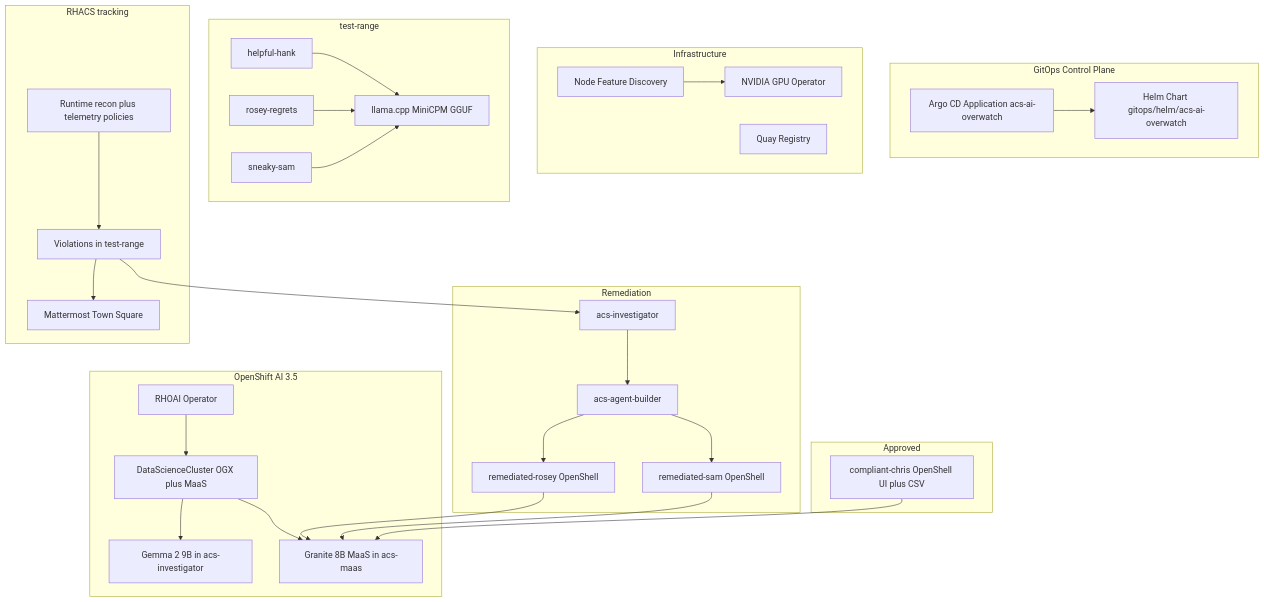
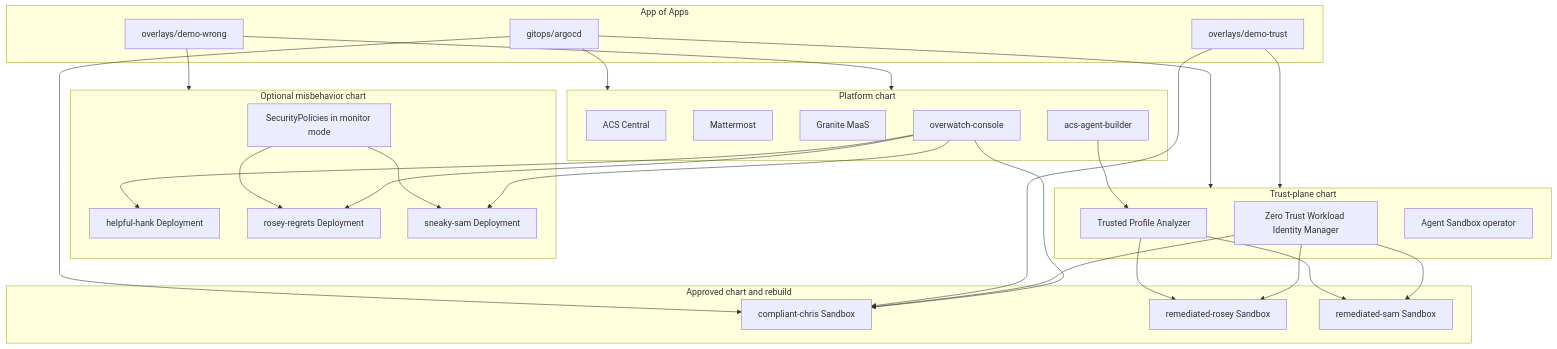
Before and after one commit to RedCupofJoe/acs-ai-overwatch: the diagram in README.md, drawn with Mermaid. The commit also changed other lines of this file and 72 other files, not shown here.

Commit message:
Split shadow agents from the trust-plane deployment so rebuilds wait for TPA, SPIFFE, and Agent Sandbox.

````diff
--- a/README.md
+++ b/README.md
@@ -196,61 +201,55 @@
 ```mermaid
 flowchart TB
-  subgraph GitOps["GitOps Control Plane"]
-    ArgoCD["Argo CD Application acs-ai-overwatch"]
-    Helm["Helm Chart gitops/helm/acs-ai-overwatch"]
-    ArgoCD --> Helm
+  subgraph GitOps["App of Apps"]
+    Actual["gitops/argocd"]
+    Wrong["overlays/demo-wrong"]
+    TrustApp["overlays/demo-trust"]
   end
 
-  subgraph Infra["Infrastructure"]
-    NFD["Node Feature Discovery"]
-    GPUOp["NVIDIA GPU Operator"]
-    Quay["Quay Registry"]
-    NFD --> GPUOp
+  subgraph Platform["Platform chart"]
+    ACS["ACS Central"]
+    MM["Mattermost"]
+    MaaS["Granite MaaS"]
+    Builder["acs-agent-builder"]
+    Console["overwatch-console"]
   end
 
-  subgraph AI["OpenShift AI 3.5"]
-    RHOAI["RHOAI Operator"]
-    DSC["DataScienceCluster OGX plus MaaS"]
-    Gemma["Gemma 2 9B in acs-investigator"]
-    Granite["Granite 8B MaaS in acs-maas"]
-    RHOAI --> DSC
-    DSC --> Gemma
-    DSC --> Granite
+  subgraph Shadow["Optional misbehavior chart"]
+    Hank["helpful-hank Deployment"]
+    Rosey["rosey-regrets Deployment"]
+    Sam["sneaky-sam Deployment"]
+    Monitor["SecurityPolicies in monitor mode"]
   end
 
-  subgraph Rogue["test-range"]
-    Hank["helpful-hank"]
-    Rosey["rosey-regrets"]
-    Sam["sneaky-sam"]
-    MiniCPM["llama.cpp MiniCPM GGUF"]
-    Hank --> MiniCPM
-    Rosey --> MiniCPM
-    Sam --> MiniCPM
+  subgraph Trust["Trust-plane chart"]
+    TPA["Trusted Profile Analyzer"]
+    ZTWIM["Zero Trust Workload Identity Manager"]
+    SandboxOp["Agent Sandbox operator"]
   end
 
-  subgraph Fix["Remediation"]
-    Inv["acs-investigator"]
-    Bld["acs-agent-builder"]
-    RRosey["remediated-rosey OpenShell"]
-    RSam["remediated-sam OpenShell"]
-    Inv --> Bld
-    Bld --> RRosey
-    Bld --> RSam
-    RRosey --> Granite
-    RSam --> Granite
+  subgraph Right["Approved chart and rebuild"]
+    Chris["compliant-chris Sandbox"]
+    RRosey["remediated-rosey Sandbox"]
+    RSam["remediated-sam Sandbox"]
   end
 
-  subgraph Approved["Approved"]
-    Chris["compliant-chris OpenShell UI plus CSV"]
-    Chris --> Granite
-  end
-
-  subgraph Security["RHACS tracking"]
-    Policy["Runtime recon plus telemetry policies"]
-    Viol["Violations in test-range"]
-    MM["Mattermost Town Square"]
-    Policy --> Viol
-    Viol --> MM
-    Viol --> Inv
-  end
+  Actual --> Platform
+  Actual --> Trust
+  Actual --> Chris
+  Wrong --> Platform
+  Wrong --> Shadow
+  TrustApp --> Trust
+  TrustApp --> Chris
+  Monitor --> Rosey
+  Monitor --> Sam
+  Builder --> TPA
+  TPA --> RRosey
+  TPA --> RSam
+  ZTWIM --> Chris
+  ZTWIM --> RRosey
+  ZTWIM --> RSam
+  Console --> Hank
+  Console --> Rosey
+  Console --> Sam
+  Console --> Chris
 ```
````
